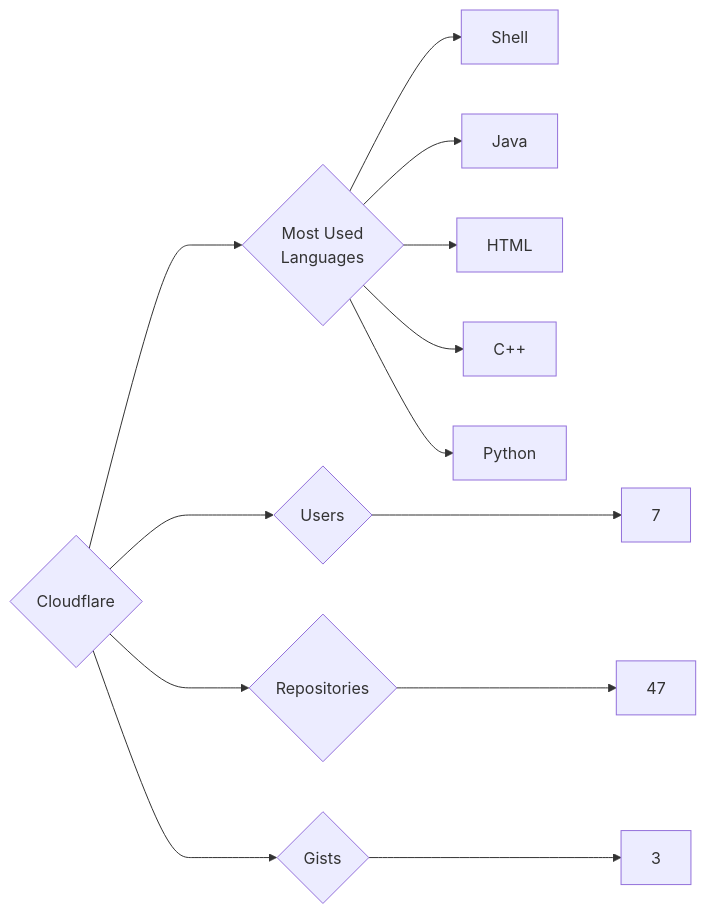
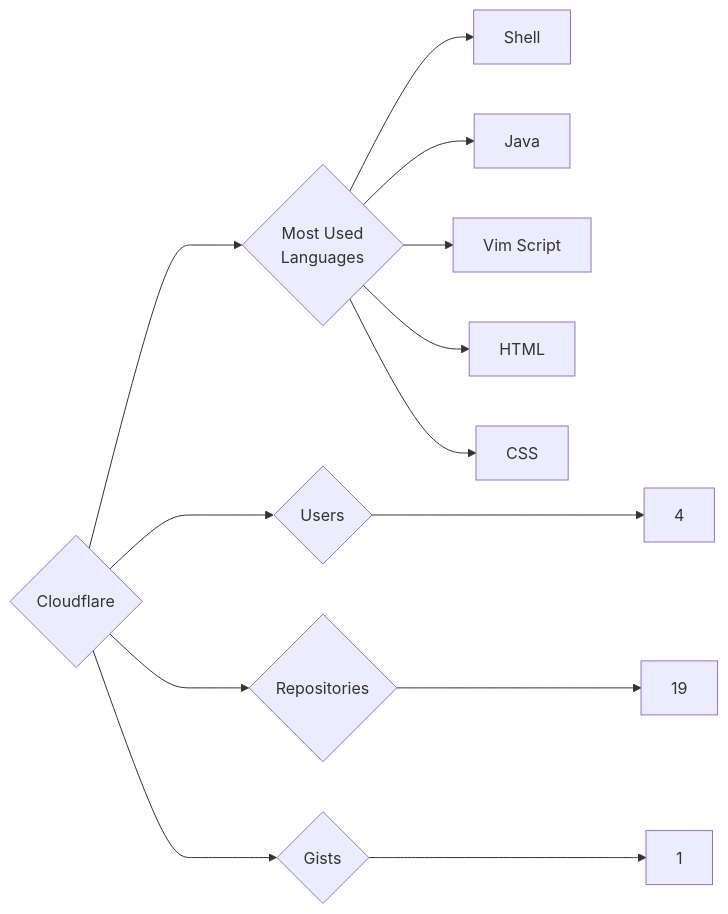
One commit to trickest/insiders changed the diagram in targets/Cloudflare/README.md. Above: the diagram before and after it, drawn with Mermaid. The commit also changed 1036 other files, not shown here.

````diff
--- a/targets/Cloudflare/README.md
+++ b/targets/Cloudflare/README.md
@@ -3,13 +3,13 @@
 ```mermaid
 graph LR
 COMPANY_NAME{Cloudflare}
-COMPANY_NAME ---> U{Users} ---> UN[7]
-COMPANY_NAME ---> R{Repositories} ---> RN[47]
-COMPANY_NAME ---> G{Gists} ---> GN[3]
+COMPANY_NAME ---> U{Users} ---> UN[4]
+COMPANY_NAME ---> R{Repositories} ---> RN[19]
+COMPANY_NAME ---> G{Gists} ---> GN[1]
 COMPANY_NAME ---> ML{Most Used<br>Languages}
 ML --> Shell[Shell]
 ML --> Java[Java]
+ML --> Vim_Script[Vim Script]
 ML --> HTML[HTML]
-ML --> C++[C++]
-ML --> Python[Python]
+ML --> CSS[CSS]
 ```
````
